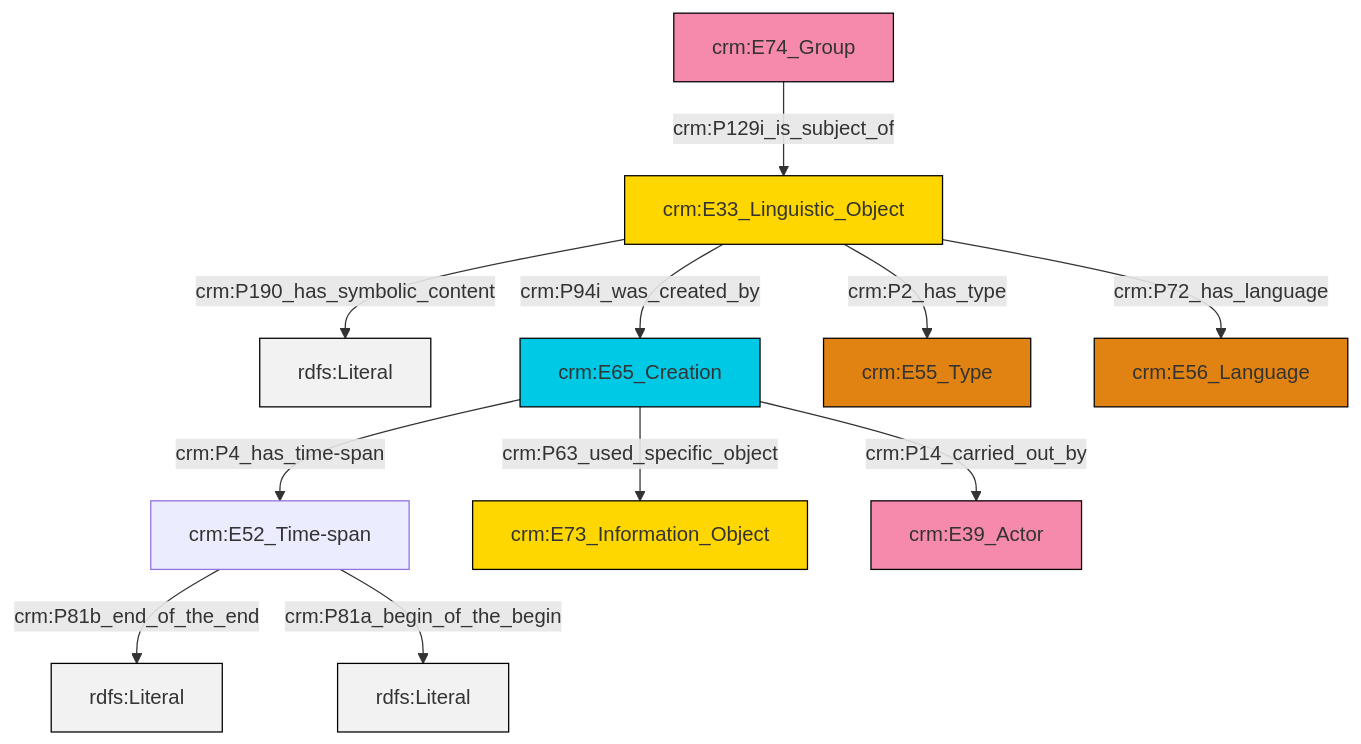
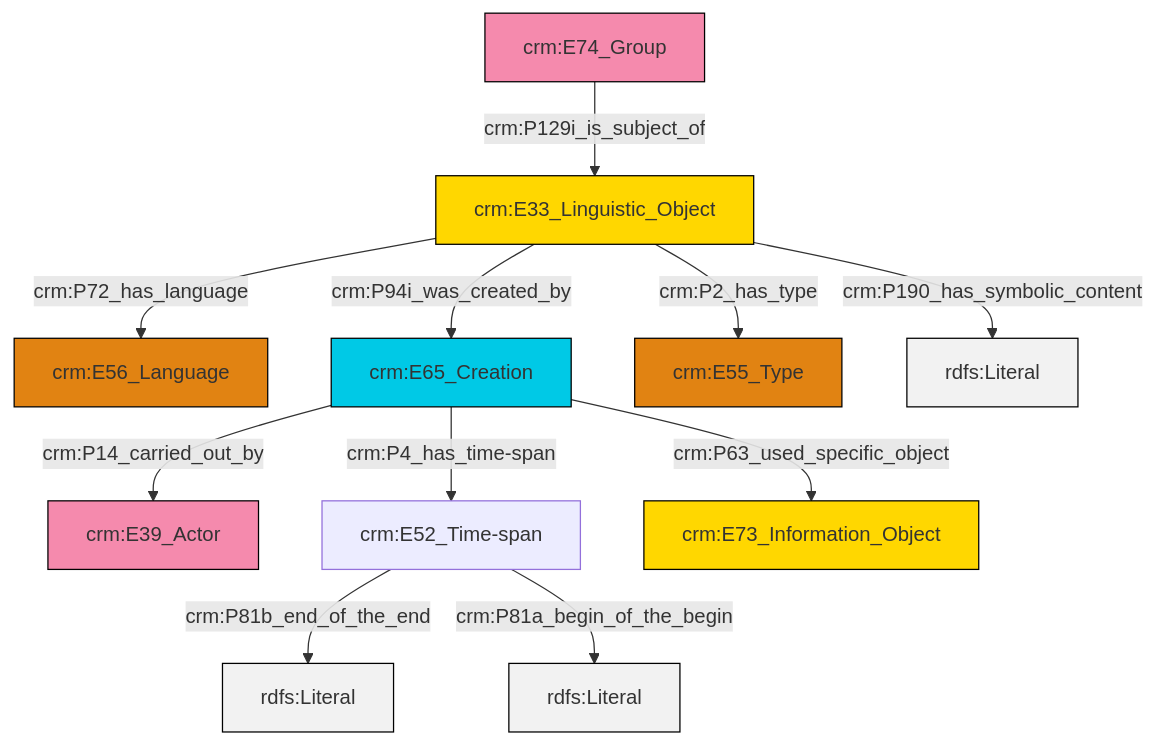
The diagram in et/groupCSV/ttl/mmd/group_description.ttl.mmd (swiss-art-research-net/docs.swissartresearch), drawn with Mermaid before and after one commit. The commit also changed 180 other files, not shown here.

```diff
--- a/et/groupCSV/ttl/mmd/group_description.ttl.mmd
+++ b/et/groupCSV/ttl/mmd/group_description.ttl.mmd
@@ -1,25 +1,25 @@
 graph TD
 classDef Literal fill:#f2f2f2,stroke:#000000;
 classDef CRM_Entity fill:#FFFFFF,stroke:#000000;
 classDef Temporal_Entity fill:#00C9E6, stroke:#000000;
 classDef Type fill:#E18312, stroke:#000000;
 classDef Time-Span fill:#2C9C91, stroke:#000000;
 classDef Appellation fill:#FFEB7F, stroke:#000000;
 classDef Place fill:#008836, stroke:#000000;
 classDef Persistent_Item fill:#B266B2, stroke:#000000;
 classDef Conceptual_Object fill:#FFD700, stroke:#000000;
 classDef Physical_Thing fill:#D2B48C, stroke:#000000;
 classDef Actor fill:#f58aad, stroke:#000000;
 classDef PC_Classes fill:#4ce600, stroke:#000000;
 classDef Multi fill:#cccccc,stroke:#000000;
 
-0["crm:E74_Group"]:::Actor -->|crm:P129i_is_subject_of| 1["crm:E33_Linguistic_Object"]:::Conceptual_Object
-2["crm:E52_Time-span"]:::Default -->|crm:P81b_end_of_the_end| 3[rdfs:Literal]:::Literal
-1["crm:E33_Linguistic_Object"]:::Conceptual_Object -->|crm:P190_has_symbolic_content| 4[rdfs:Literal]:::Literal
-5["crm:E65_Creation"]:::Temporal_Entity -->|crm:P63_used_specific_object| 6["crm:E73_Information_Object"]:::Conceptual_Object
-5["crm:E65_Creation"]:::Temporal_Entity -->|crm:P4_has_time-span| 2["crm:E52_Time-span"]:::Default
-2["crm:E52_Time-span"]:::Default -->|crm:P81a_begin_of_the_begin| 7[rdfs:Literal]:::Literal
-1["crm:E33_Linguistic_Object"]:::Conceptual_Object -->|crm:P2_has_type| 9["crm:E55_Type"]:::Type
-1["crm:E33_Linguistic_Object"]:::Conceptual_Object -->|crm:P94i_was_created_by| 5["crm:E65_Creation"]:::Temporal_Entity
-1["crm:E33_Linguistic_Object"]:::Conceptual_Object -->|crm:P72_has_language| 14["crm:E56_Language"]:::Type
-5["crm:E65_Creation"]:::Temporal_Entity -->|crm:P14_carried_out_by| 11["crm:E39_Actor"]:::Actor
+2["crm:E33_Linguistic_Object"]:::Conceptual_Object -->|crm:P72_has_language| 3["crm:E56_Language"]:::Type
+0["crm:E74_Group"]:::Actor -->|crm:P129i_is_subject_of| 2["crm:E33_Linguistic_Object"]:::Conceptual_Object
+4["crm:E65_Creation"]:::Temporal_Entity -->|crm:P14_carried_out_by| 5["crm:E39_Actor"]:::Actor
+2["crm:E33_Linguistic_Object"]:::Conceptual_Object -->|crm:P2_has_type| 6["crm:E55_Type"]:::Type
+2["crm:E33_Linguistic_Object"]:::Conceptual_Object -->|crm:P94i_was_created_by| 4["crm:E65_Creation"]:::Temporal_Entity
+4["crm:E65_Creation"]:::Temporal_Entity -->|crm:P4_has_time-span| 10["crm:E52_Time-span"]:::Default
+10["crm:E52_Time-span"]:::Default -->|crm:P81b_end_of_the_end| 11[rdfs:Literal]:::Literal
+4["crm:E65_Creation"]:::Temporal_Entity -->|crm:P63_used_specific_object| 14["crm:E73_Information_Object"]:::Conceptual_Object
+10["crm:E52_Time-span"]:::Default -->|crm:P81a_begin_of_the_begin| 15[rdfs:Literal]:::Literal
+2["crm:E33_Linguistic_Object"]:::Conceptual_Object -->|crm:P190_has_symbolic_content| 16[rdfs:Literal]:::Literal
```
